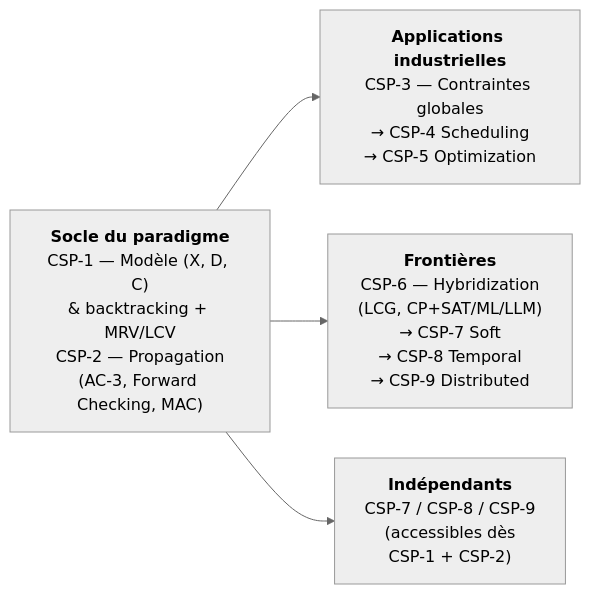
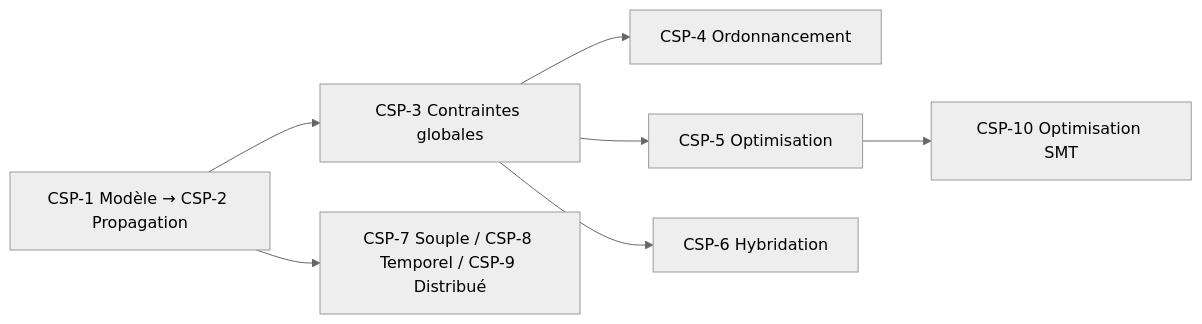
Before and after one commit to jsboige/CoursIA: the diagram in MyIA.AI.Notebooks/Search/Part2-CSP/README.md, drawn with Mermaid (neutral theme). The commit also changed other lines of this file and 9 other files, not shown here.

````diff
--- a/MyIA.AI.Notebooks/Search/Part2-CSP/README.md
+++ b/MyIA.AI.Notebooks/Search/Part2-CSP/README.md
@@ -94,10 +106,9 @@
 ```mermaid
 flowchart LR
-    SOCLE["<b>Socle du paradigme</b><br/>CSP-1 — Modèle (X, D, C)<br/>&amp; backtracking + MRV/LCV<br/>CSP-2 — Propagation<br/>(AC-3, Forward Checking, MAC)"]
-    APP["<b>Applications industrielles</b><br/>CSP-3 — Contraintes globales<br/>→ CSP-4 Scheduling<br/>→ CSP-5 Optimization"]
-    FRO["<b>Frontières</b><br/>CSP-6 — Hybridization<br/>(LCG, CP+SAT/ML/LLM)<br/>→ CSP-7 Soft<br/>→ CSP-8 Temporal<br/>→ CSP-9 Distributed"]
-    IND["<b>Indépendants</b><br/>CSP-7 / CSP-8 / CSP-9<br/>(accessibles dès<br/>CSP-1 + CSP-2)"]
-    SOCLE --> APP
-    SOCLE --> FRO
-    SOCLE --> IND
+    S["CSP-1 Modèle → CSP-2 Propagation"] --> G["CSP-3 Contraintes globales"]
+    G --> A["CSP-4 Ordonnancement"]
+    G --> O["CSP-5 Optimisation"]
+    G --> H["CSP-6 Hybridation"]
+    O --> Z["CSP-10 Optimisation SMT"]
+    S --> V["CSP-7 Souple / CSP-8 Temporel / CSP-9 Distribué"]
 ```
````
